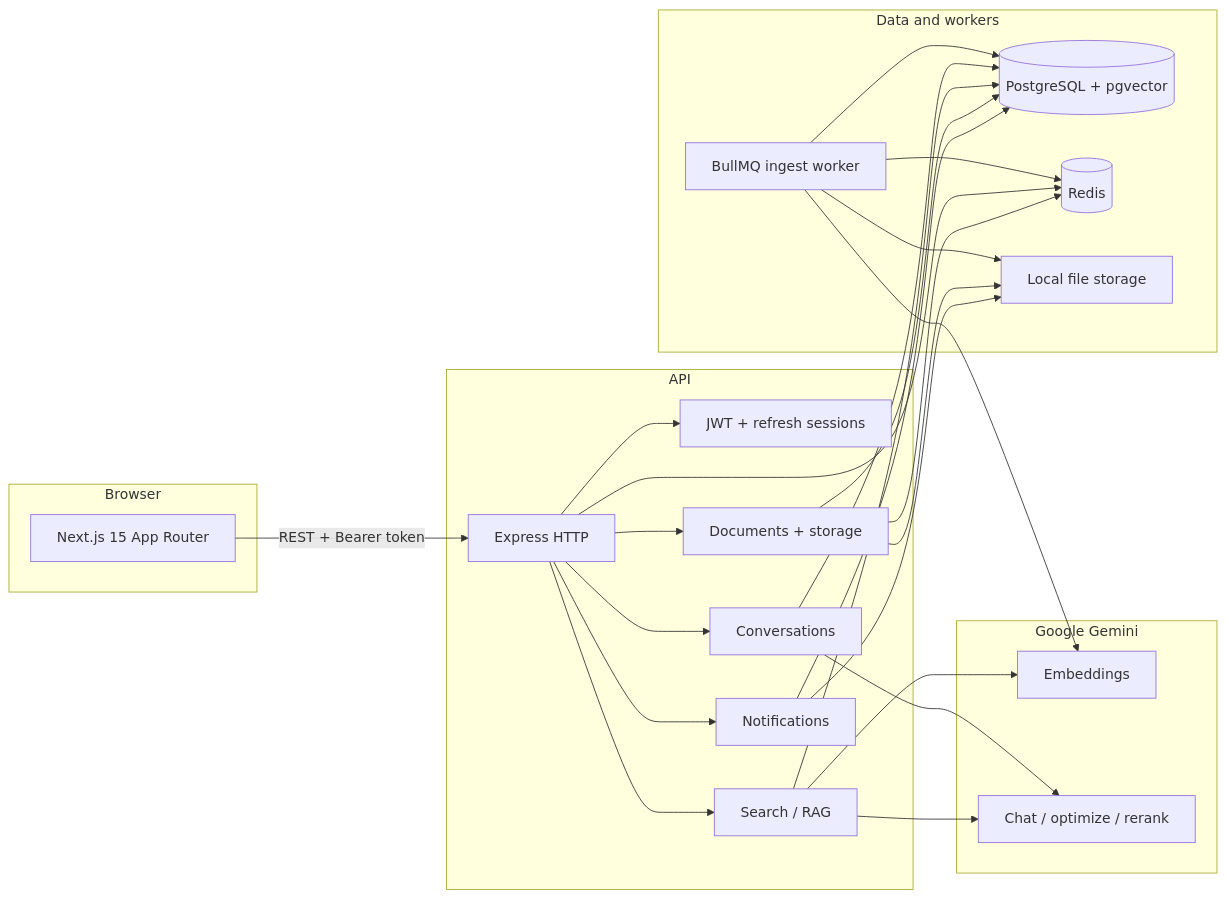
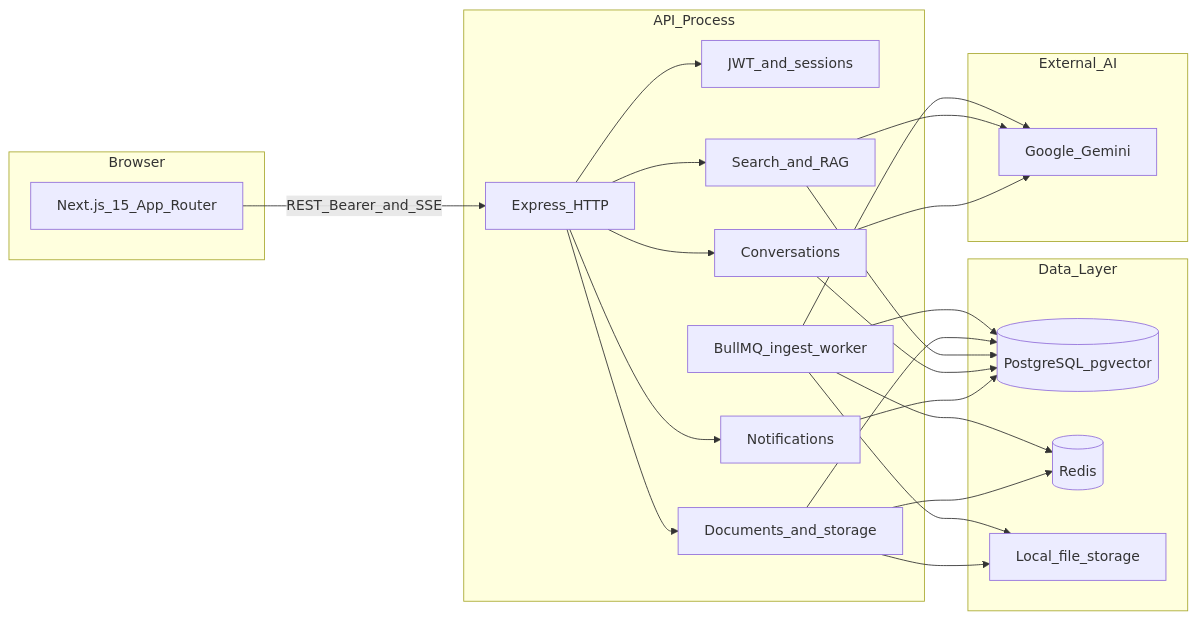
The first of 2 diagrams in docs/architecture.md (adam5farhat/knowledge-platform), drawn with Mermaid before and after one commit. The commit also changed other lines of this file and 1 other file, not shown here.

Commit message:
docs: expand architecture notes and update README

````diff
--- a/docs/architecture.md
+++ b/docs/architecture.md
@@ -11,45 +17,41 @@
 ```mermaid
 flowchart LR
   subgraph clients [Browser]
-    Web[Next.js 15 App Router]
+    Web[Next.js_15_App_Router]
   end
-  subgraph api [API]
-    Express[Express HTTP]
-    Auth[JWT + refresh sessions]
-    Docs[Documents + storage]
-    Search[Search / RAG]
+  subgraph api [API_Process]
+    Express[Express_HTTP]
+    Auth[JWT_and_sessions]
+    Docs[Documents_and_storage]
+    Search[Search_and_RAG]
     Conv[Conversations]
     Notif[Notifications]
+    Bull[BullMQ_ingest_worker]
   end
-  subgraph data [Data and workers]
-    PG[(PostgreSQL + pgvector)]
+  subgraph data [Data_Layer]
+    PG[(PostgreSQL_pgvector)]
     Redis[(Redis)]
-    Bull[BullMQ ingest worker]
-    Disk[Local file storage]
+    Disk[Local_file_storage]
   end
-  subgraph ai [Google Gemini]
-    Emb[Embeddings]
-    Chat[Chat / optimize / rerank]
+  subgraph ai [External_AI]
+    Gemini[Google_Gemini]
   end
-  Web -->|REST + Bearer token| Express
+  Web -->|REST_Bearer_and_SSE| Express
   Express --> Auth
   Express --> Docs
   Express --> Search
   Express --> Conv
   Express --> Notif
-  Notif --> PG
-  Notif --> Disk
+  Bull --> Redis
+  Bull --> PG
+  Bull --> Disk
+  Bull --> Gemini
   Docs --> PG
   Docs --> Disk
   Docs --> Redis
-  Express --> Redis
   Search --> PG
-  Search --> Emb
-  Search --> Chat
+  Search --> Gemini
   Conv --> PG
-  Conv --> Chat
-  Bull --> Redis
-  Bull --> PG
-  Bull --> Disk
-  Bull --> Emb
+  Conv --> Gemini
+  Notif --> PG
 ```
````
